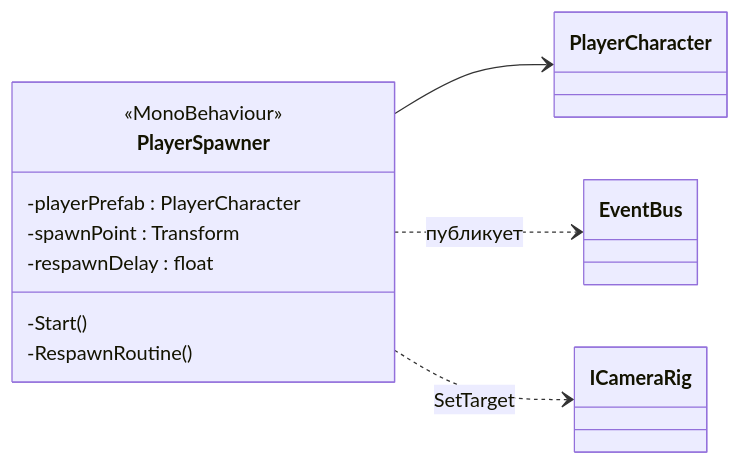
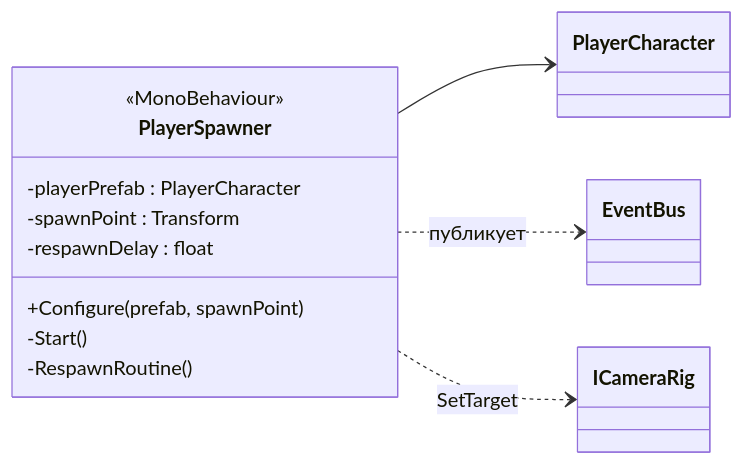
Before and after one commit to legatys/game: diagram 12 of 15 in Prod/Docs/UML.md, drawn with Mermaid. The commit also changed other lines of this file and 51 other files, not shown here.

````diff
--- a/Prod/Docs/UML.md
+++ b/Prod/Docs/UML.md
@@ -818,15 +837,16 @@
 ```mermaid
 classDiagram
     direction LR
     class PlayerSpawner {
         <<MonoBehaviour>>
         -playerPrefab : PlayerCharacter
         -spawnPoint : Transform
         -respawnDelay : float
+        +Configure(prefab, spawnPoint)
         -Start()
         -RespawnRoutine()
     }
     PlayerSpawner --> PlayerCharacter
     PlayerSpawner ..> EventBus : публикует
     PlayerSpawner ..> ICameraRig : SetTarget
 ```
````
